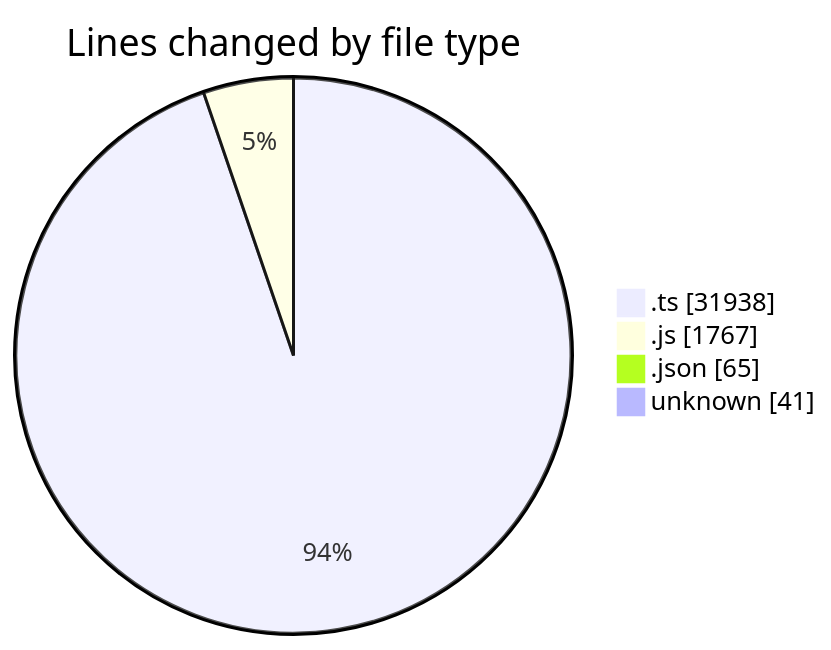
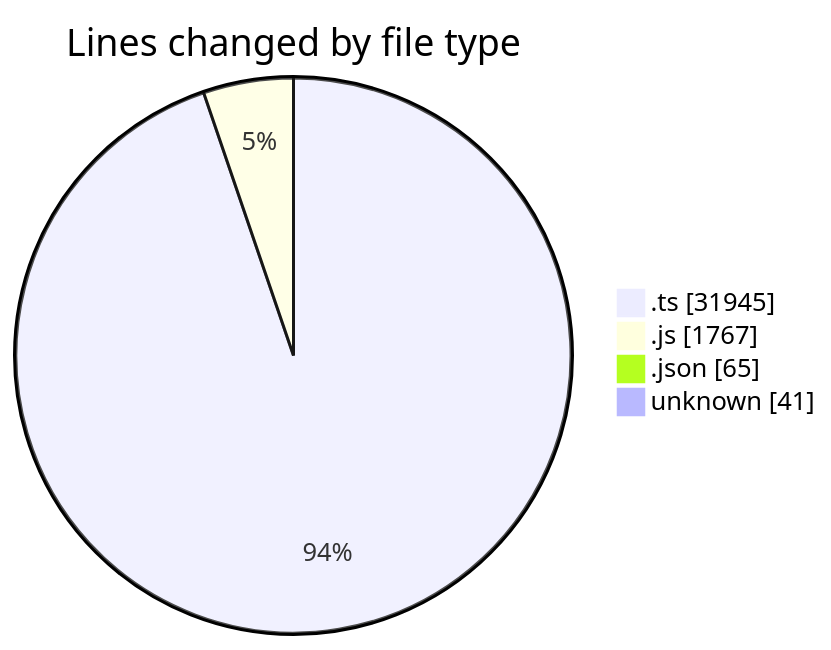
Before and after one commit to momahboobian/code-tracking: the first of 2 diagrams in 2025-07-31/cda/README.md, drawn with Mermaid. The commit also changed other lines of this file and 1 other file, not shown here.

````diff
--- a/2025-07-31/cda/README.md
+++ b/2025-07-31/cda/README.md
@@ -27,8 +27,8 @@
 ```mermaid
 pie showData
 title Lines changed by file type
-".ts" : 31938
+".ts" : 31945
 ".js" : 1767
 ".json" : 65
 "unknown" : 41
 ```
````
